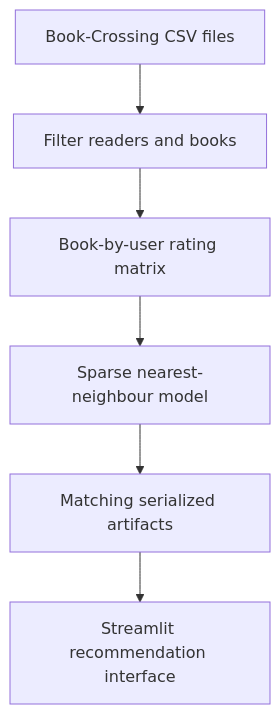
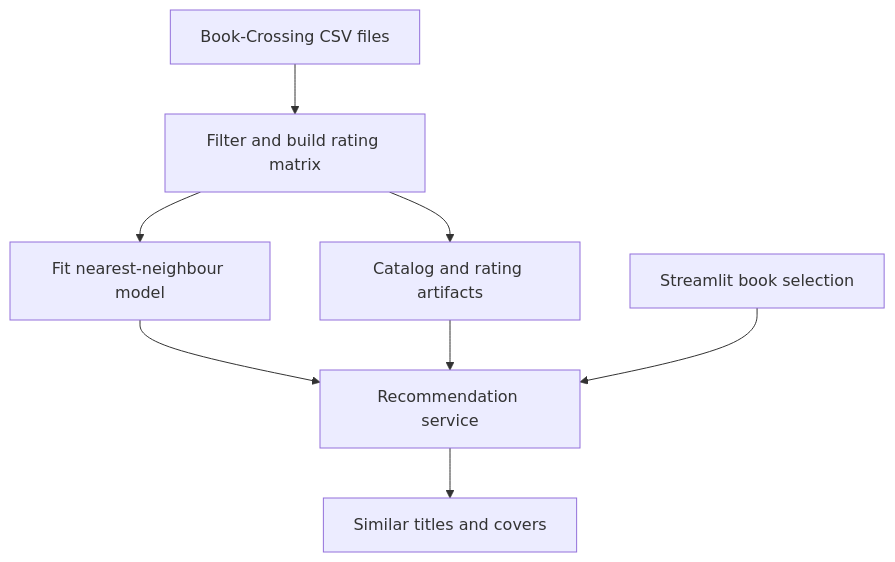
The diagram in README.md (Preritsangwan17/End-to-End-Book-Recommendation-System), drawn with Mermaid before and after one commit.

Commit message:
docs: clarify training and inference architecture

````diff
--- a/README.md
+++ b/README.md
@@ -40,8 +40,10 @@
 ```mermaid
 flowchart TD
-  D["Book-Crossing CSV files"] --> C["Filter readers and books"]
-  C --> P["Book-by-user rating matrix"]
-  P --> M["Sparse nearest-neighbour model"]
-  M --> A["Matching serialized artifacts"]
-  A --> U["Streamlit recommendation interface"]
+  D["Book-Crossing CSV files"] --> C["Filter and build rating matrix"]
+  C --> M["Fit nearest-neighbour model"]
+  C --> A["Catalog and rating artifacts"]
+  M --> Q["Recommendation service"]
+  A --> Q
+  U["Streamlit book selection"] --> Q
+  Q --> R["Similar titles and covers"]
 ```
````
